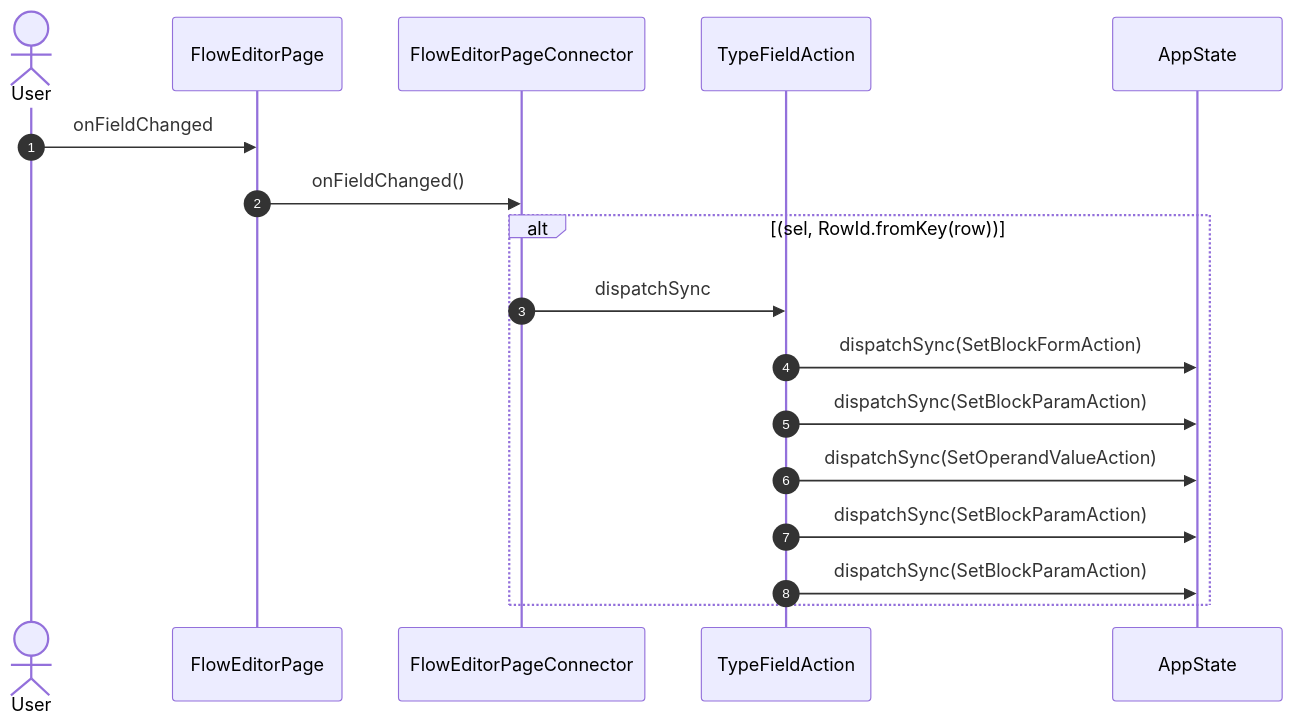
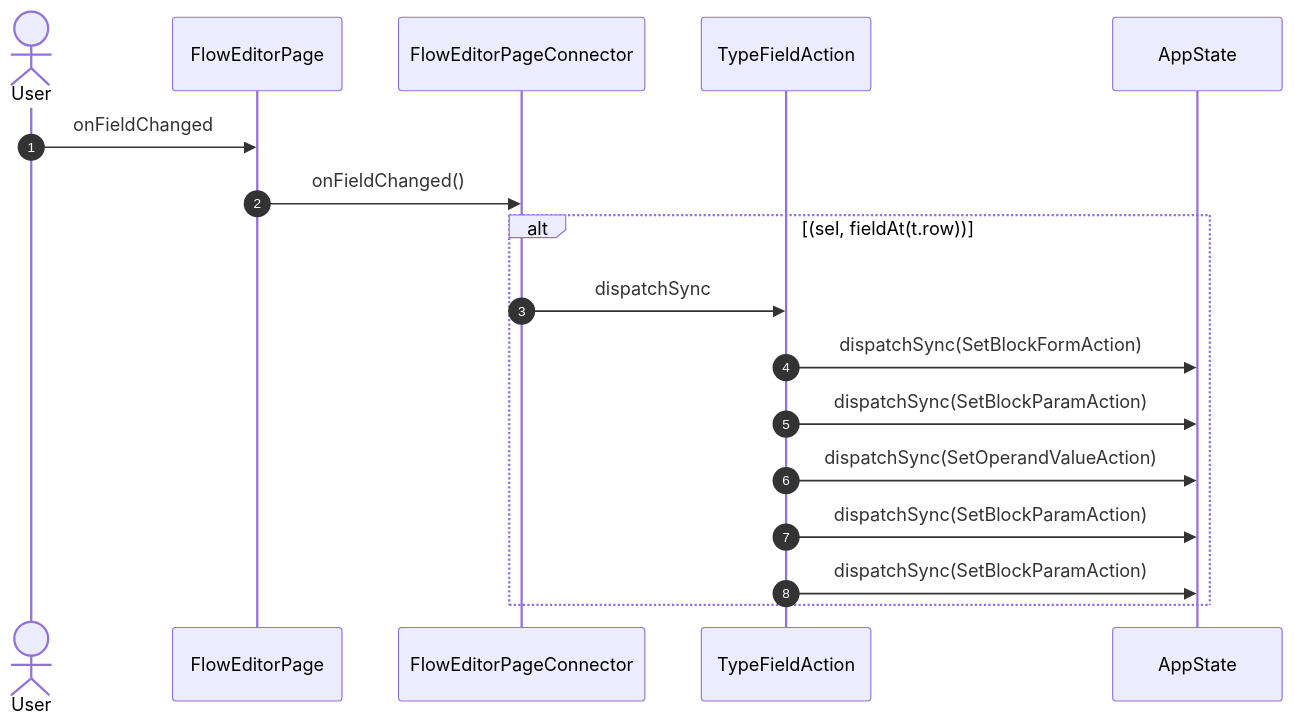
Diagram 27 of 31 in studio/docs/flows/flowEditor.md (gencto/wyrm), drawn with Mermaid before and after one commit. The commit also changed other lines of this file and 28 other files, not shown here.

````diff
--- a/studio/docs/flows/flowEditor.md
+++ b/studio/docs/flows/flowEditor.md
@@ -606,20 +483,20 @@
 ```mermaid
 sequenceDiagram
     autonumber
     actor User
     participant UI as FlowEditorPage
     participant VM as FlowEditorPageConnector
     participant A1 as TypeFieldAction
     participant ST as AppState
 
     User->>UI: onFieldChanged
     UI->>VM: onFieldChanged()
-    alt (sel, RowId.fromKey(row))
+    alt (sel, fieldAt(t.row))
         VM->>A1: dispatchSync
         A1->>ST: dispatchSync(SetBlockFormAction)
         A1->>ST: dispatchSync(SetBlockParamAction)
         A1->>ST: dispatchSync(SetOperandValueAction)
         A1->>ST: dispatchSync(SetBlockParamAction)
         A1->>ST: dispatchSync(SetBlockParamAction)
     end
 ```
````
